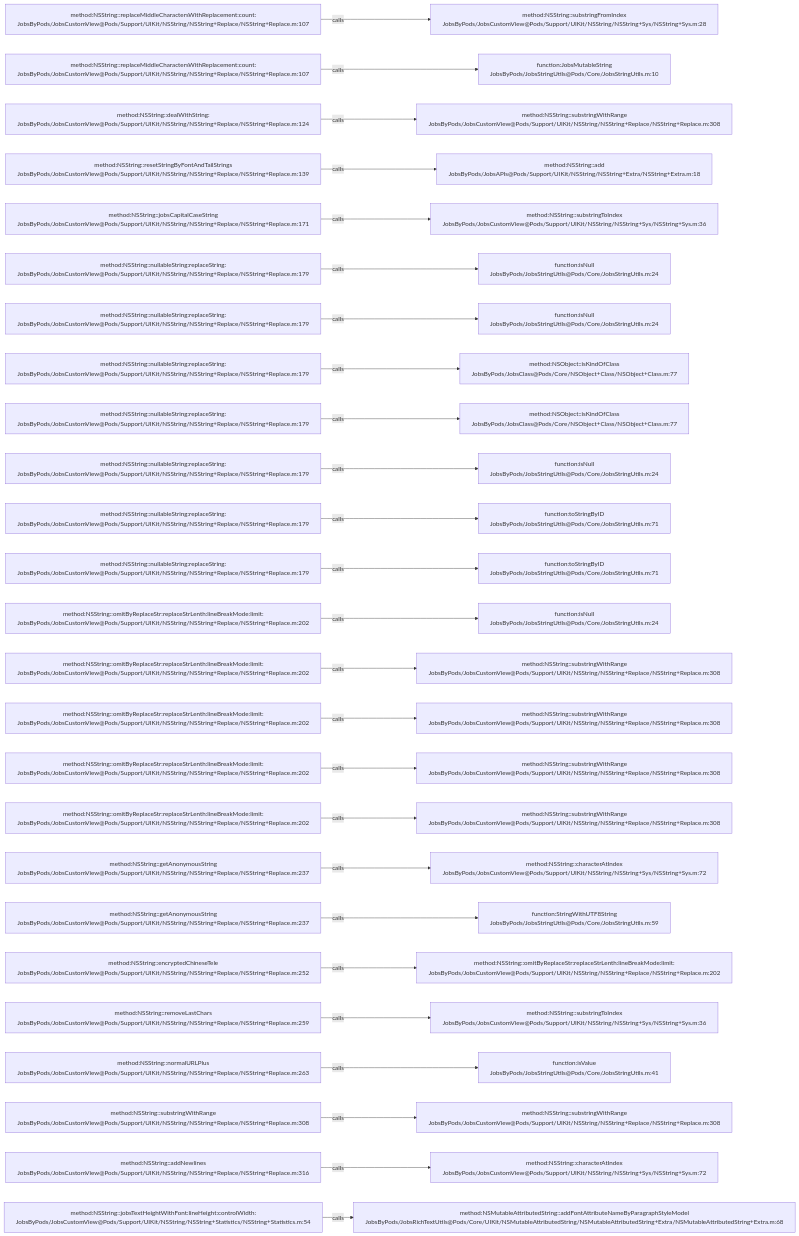
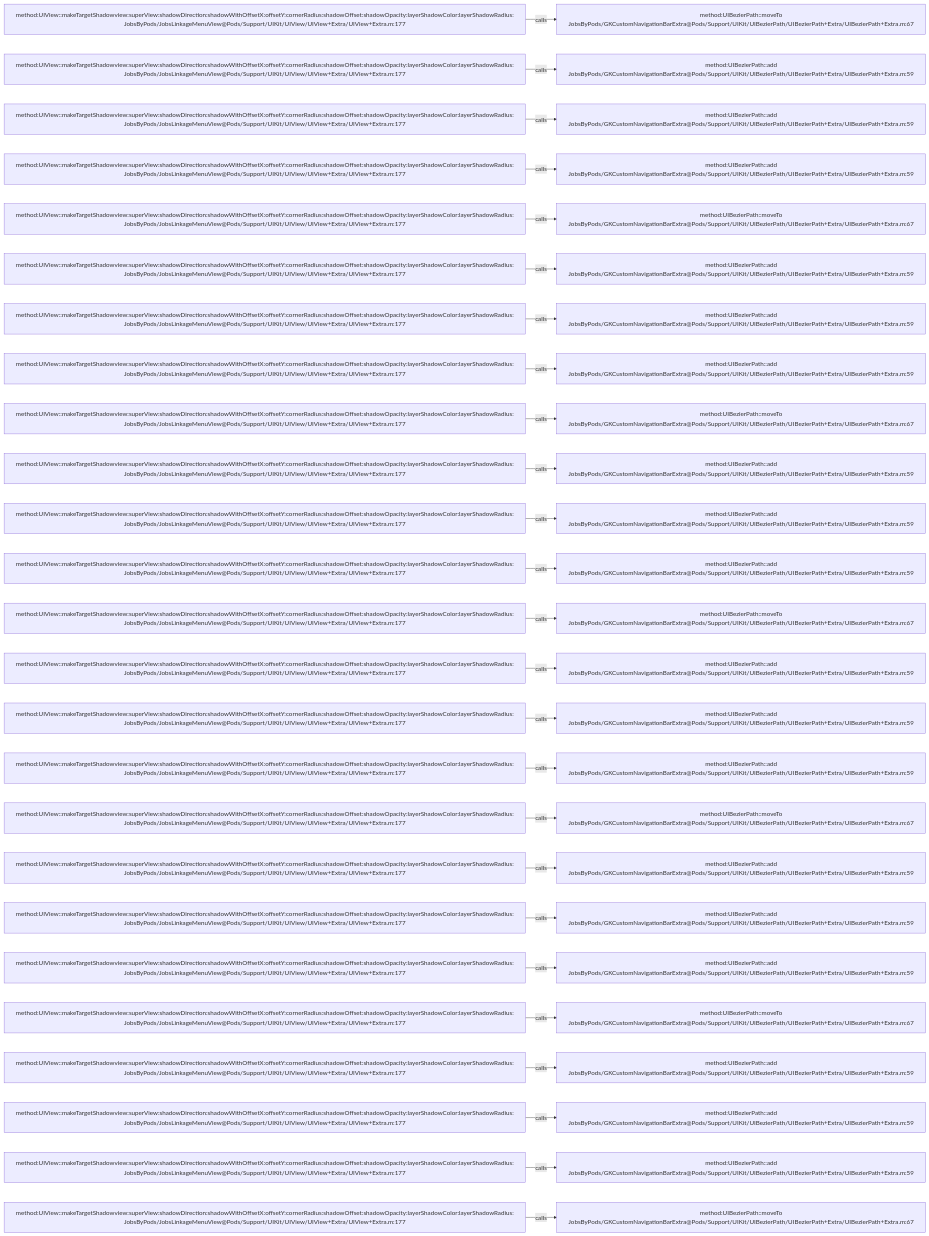
The diagram in .codegraph/codegraph.md/graphs/calls-108.md (JobsKits/JobsOCBaseConfigDemo), drawn with Mermaid before and after one commit. The commit also changed 1026 other files, not shown here.

````diff
--- a/.codegraph/codegraph.md/graphs/calls-108.md
+++ b/.codegraph/codegraph.md/graphs/calls-108.md
@@ -13,78 +13,78 @@
 ```mermaid
 flowchart LR
-  S1["method:NSString::replaceMiddleCharactersWithReplacement:count:<br/>JobsByPods/JobsCustomView@Pods/Support/UIKit/NSString/NSString+Replace/NSString+Replace.m:107"]
-  T1["method:NSString::substringFromIndex<br/>JobsByPods/JobsCustomView@Pods/Support/UIKit/NSString/NSString+Sys/NSString+Sys.m:28"]
+  S1["method:UIView::makeTargetShadowview:superView:shadowDirection:shadowWithOffsetX:offsetY:cornerRadius:shadowOffset:shadowOpacity:layerShadowColor:layerShadowRadius:<br/>JobsByPods/JobsLinkageMenuView@Pods/Support/UIKit/UIView/UIView+Extra/UIView+Extra.m:177"]
+  T1["method:UIBezierPath::moveTo<br/>JobsByPods/GKCustomNavigationBarExtra@Pods/Support/UIKit/UIBezierPath/UIBezierPath+Extra/UIBezierPath+Extra.m:67"]
   S1 -->|calls| T1
-  S2["method:NSString::replaceMiddleCharactersWithReplacement:count:<br/>JobsByPods/JobsCustomView@Pods/Support/UIKit/NSString/NSString+Replace/NSString+Replace.m:107"]
-  T2["function:JobsMutableString<br/>JobsByPods/JobsStringUtils@Pods/Core/JobsStringUtils.m:10"]
+  S2["method:UIView::makeTargetShadowview:superView:shadowDirection:shadowWithOffsetX:offsetY:cornerRadius:shadowOffset:shadowOpacity:layerShadowColor:layerShadowRadius:<br/>JobsByPods/JobsLinkageMenuView@Pods/Support/UIKit/UIView/UIView+Extra/UIView+Extra.m:177"]
+  T2["method:UIBezierPath::add<br/>JobsByPods/GKCustomNavigationBarExtra@Pods/Support/UIKit/UIBezierPath/UIBezierPath+Extra/UIBezierPath+Extra.m:59"]
   S2 -->|calls| T2
-  S3["method:NSString::dealWithString:<br/>JobsByPods/JobsCustomView@Pods/Support/UIKit/NSString/NSString+Replace/NSString+Replace.m:124"]
-  T3["method:NSString::substringWithRange<br/>JobsByPods/JobsCustomView@Pods/Support/UIKit/NSString/NSString+Replace/NSString+Replace.m:308"]
+  S3["method:UIView::makeTargetShadowview:superView:shadowDirection:shadowWithOffsetX:offsetY:cornerRadius:shadowOffset:shadowOpacity:layerShadowColor:layerShadowRadius:<br/>JobsByPods/JobsLinkageMenuView@Pods/Support/UIKit/UIView/UIView+Extra/UIView+Extra.m:177"]
+  T3["method:UIBezierPath::add<br/>JobsByPods/GKCustomNavigationBarExtra@Pods/Support/UIKit/UIBezierPath/UIBezierPath+Extra/UIBezierPath+Extra.m:59"]
   S3 -->|calls| T3
-  S4["method:NSString::resetStringByFontAndTailStrings<br/>JobsByPods/JobsCustomView@Pods/Support/UIKit/NSString/NSString+Replace/NSString+Replace.m:139"]
-  T4["method:NSString::add<br/>JobsByPods/JobsAPIs@Pods/Support/UIKit/NSString/NSString+Extra/NSString+Extra.m:18"]
+  S4["method:UIView::makeTargetShadowview:superView:shadowDirection:shadowWithOffsetX:offsetY:cornerRadius:shadowOffset:shadowOpacity:layerShadowColor:layerShadowRadius:<br/>JobsByPods/JobsLinkageMenuView@Pods/Support/UIKit/UIView/UIView+Extra/UIView+Extra.m:177"]
+  T4["method:UIBezierPath::add<br/>JobsByPods/GKCustomNavigationBarExtra@Pods/Support/UIKit/UIBezierPath/UIBezierPath+Extra/UIBezierPath+Extra.m:59"]
   S4 -->|calls| T4
-  S5["method:NSString::jobsCapitalCaseString<br/>JobsByPods/JobsCustomView@Pods/Support/UIKit/NSString/NSString+Replace/NSString+Replace.m:171"]
-  T5["method:NSString::substringToIndex<br/>JobsByPods/JobsCustomView@Pods/Support/UIKit/NSString/NSString+Sys/NSString+Sys.m:36"]
+  S5["method:UIView::makeTargetShadowview:superView:shadowDirection:shadowWithOffsetX:offsetY:cornerRadius:shadowOffset:shadowOpacity:layerShadowColor:layerShadowRadius:<br/>JobsByPods/JobsLinkageMenuView@Pods/Support/UIKit/UIView/UIView+Extra/UIView+Extra.m:177"]
+  T5["method:UIBezierPath::moveTo<br/>JobsByPods/GKCustomNavigationBarExtra@Pods/Support/UIKit/UIBezierPath/UIBezierPath+Extra/UIBezierPath+Extra.m:67"]
   S5 -->|calls| T5
-  S6["method:NSString::nullableString:replaceString:<br/>JobsByPods/JobsCustomView@Pods/Support/UIKit/NSString/NSString+Replace/NSString+Replace.m:179"]
-  T6["function:isNull<br/>JobsByPods/JobsStringUtils@Pods/Core/JobsStringUtils.m:24"]
+  S6["method:UIView::makeTargetShadowview:superView:shadowDirection:shadowWithOffsetX:offsetY:cornerRadius:shadowOffset:shadowOpacity:layerShadowColor:layerShadowRadius:<br/>JobsByPods/JobsLinkageMenuView@Pods/Support/UIKit/UIView/UIView+Extra/UIView+Extra.m:177"]
+  T6["method:UIBezierPath::add<br/>JobsByPods/GKCustomNavigationBarExtra@Pods/Support/UIKit/UIBezierPath/UIBezierPath+Extra/UIBezierPath+Extra.m:59"]
   S6 -->|calls| T6
-  S7["method:NSString::nullableString:replaceString:<br/>JobsByPods/JobsCustomView@Pods/Support/UIKit/NSString/NSString+Replace/NSString+Replace.m:179"]
-  T7["function:isNull<br/>JobsByPods/JobsStringUtils@Pods/Core/JobsStringUtils.m:24"]
+  S7["method:UIView::makeTargetShadowview:superView:shadowDirection:shadowWithOffsetX:offsetY:cornerRadius:shadowOffset:shadowOpacity:layerShadowColor:layerShadowRadius:<br/>JobsByPods/JobsLinkageMenuView@Pods/Support/UIKit/UIView/UIView+Extra/UIView+Extra.m:177"]
+  T7["method:UIBezierPath::add<br/>JobsByPods/GKCustomNavigationBarExtra@Pods/Support/UIKit/UIBezierPath/UIBezierPath+Extra/UIBezierPath+Extra.m:59"]
   S7 -->|calls| T7
-  S8["method:NSString::nullableString:replaceString:<br/>JobsByPods/JobsCustomView@Pods/Support/UIKit/NSString/NSString+Replace/NSString+Replace.m:179"]
-  T8["method:NSObject::isKindOfClass<br/>JobsByPods/JobsClass@Pods/Core/NSObject+Class/NSObject+Class.m:77"]
+  S8["method:UIView::makeTargetShadowview:superView:shadowDirection:shadowWithOffsetX:offsetY:cornerRadius:shadowOffset:shadowOpacity:layerShadowColor:layerShadowRadius:<br/>JobsByPods/JobsLinkageMenuView@Pods/Support/UIKit/UIView/UIView+Extra/UIView+Extra.m:177"]
+  T8["method:UIBezierPath::add<br/>JobsByPods/GKCustomNavigationBarExtra@Pods/Support/UIKit/UIBezierPath/UIBezierPath+Extra/UIBezierPath+Extra.m:59"]
   S8 -->|calls| T8
-  S9["method:NSString::nullableString:replaceString:<br/>JobsByPods/JobsCustomView@Pods/Support/UIKit/NSString/NSString+Replace/NSString+Replace.m:179"]
-  T9["method:NSObject::isKindOfClass<br/>JobsByPods/JobsClass@Pods/Core/NSObject+Class/NSObject+Class.m:77"]
+  S9["method:UIView::makeTargetShadowview:superView:shadowDirection:shadowWithOffsetX:offsetY:cornerRadius:shadowOffset:shadowOpacity:layerShadowColor:layerShadowRadius:<br/>JobsByPods/JobsLinkageMenuView@Pods/Support/UIKit/UIView/UIView+Extra/UIView+Extra.m:177"]
+  T9["method:UIBezierPath::moveTo<br/>JobsByPods/GKCustomNavigationBarExtra@Pods/Support/UIKit/UIBezierPath/UIBezierPath+Extra/UIBezierPath+Extra.m:67"]
   S9 -->|calls| T9
-  S10["method:NSString::nullableString:replaceString:<br/>JobsByPods/JobsCustomView@Pods/Support/UIKit/NSString/NSString+Replace/NSString+Replace.m:179"]
-  T10["function:isNull<br/>JobsByPods/JobsStringUtils@Pods/Core/JobsStringUtils.m:24"]
+  S10["method:UIView::makeTargetShadowview:superView:shadowDirection:shadowWithOffsetX:offsetY:cornerRadius:shadowOffset:shadowOpacity:layerShadowColor:layerShadowRadius:<br/>JobsByPods/JobsLinkageMenuView@Pods/Support/UIKit/UIView/UIView+Extra/UIView+Extra.m:177"]
+  T10["method:UIBezierPath::add<br/>JobsByPods/GKCustomNavigationBarExtra@Pods/Support/UIKit/UIBezierPath/UIBezierPath+Extra/UIBezierPath+Extra.m:59"]
   S10 -->|calls| T10
-  S11["method:NSString::nullableString:replaceString:<br/>JobsByPods/JobsCustomView@Pods/Support/UIKit/NSString/NSString+Replace/NSString+Replace.m:179"]
-  T11["function:toStringByID<br/>JobsByPods/JobsStringUtils@Pods/Core/JobsStringUtils.m:71"]
+  S11["method:UIView::makeTargetShadowview:superView:shadowDirection:shadowWithOffsetX:offsetY:cornerRadius:shadowOffset:shadowOpacity:layerShadowColor:layerShadowRadius:<br/>JobsByPods/JobsLinkageMenuView@Pods/Support/UIKit/UIView/UIView+Extra/UIView+Extra.m:177"]
+  T11["method:UIBezierPath::add<br/>JobsByPods/GKCustomNavigationBarExtra@Pods/Support/UIKit/UIBezierPath/UIBezierPath+Extra/UIBezierPath+Extra.m:59"]
   S11 -->|calls| T11
-  S12["method:NSString::nullableString:replaceString:<br/>JobsByPods/JobsCustomView@Pods/Support/UIKit/NSString/NSString+Replace/NSString+Replace.m:179"]
-  T12["function:toStringByID<br/>JobsByPods/JobsStringUtils@Pods/Core/JobsStringUtils.m:71"]
+  S12["method:UIView::makeTargetShadowview:superView:shadowDirection:shadowWithOffsetX:offsetY:cornerRadius:shadowOffset:shadowOpacity:layerShadowColor:layerShadowRadius:<br/>JobsByPods/JobsLinkageMenuView@Pods/Support/UIKit/UIView/UIView+Extra/UIView+Extra.m:177"]
+  T12["method:UIBezierPath::add<br/>JobsByPods/GKCustomNavigationBarExtra@Pods/Support/UIKit/UIBezierPath/UIBezierPath+Extra/UIBezierPath+Extra.m:59"]
   S12 -->|calls| T12
-  S13["method:NSString::omitByReplaceStr:replaceStrLenth:lineBreakMode:limit:<br/>JobsByPods/JobsCustomView@Pods/Support/UIKit/NSString/NSString+Replace/NSString+Replace.m:202"]
-  T13["function:isNull<br/>JobsByPods/JobsStringUtils@Pods/Core/JobsStringUtils.m:24"]
+  S13["method:UIView::makeTargetShadowview:superView:shadowDirection:shadowWithOffsetX:offsetY:cornerRadius:shadowOffset:shadowOpacity:layerShadowColor:layerShadowRadius:<br/>JobsByPods/JobsLinkageMenuView@Pods/Support/UIKit/UIView/UIView+Extra/UIView+Extra.m:177"]
+  T13["method:UIBezierPath::moveTo<br/>JobsByPods/GKCustomNavigationBarExtra@Pods/Support/UIKit/UIBezierPath/UIBezierPath+Extra/UIBezierPath+Extra.m:67"]
   S13 -->|calls| T13
-  S14["method:NSString::omitByReplaceStr:replaceStrLenth:lineBreakMode:limit:<br/>JobsByPods/JobsCustomView@Pods/Support/UIKit/NSString/NSString+Replace/NSString+Replace.m:202"]
-  T14["method:NSString::substringWithRange<br/>JobsByPods/JobsCustomView@Pods/Support/UIKit/NSString/NSString+Replace/NSString+Replace.m:308"]
+  S14["method:UIView::makeTargetShadowview:superView:shadowDirection:shadowWithOffsetX:offsetY:cornerRadius:shadowOffset:shadowOpacity:layerShadowColor:layerShadowRadius:<br/>JobsByPods/JobsLinkageMenuView@Pods/Support/UIKit/UIView/UIView+Extra/UIView+Extra.m:177"]
+  T14["method:UIBezierPath::add<br/>JobsByPods/GKCustomNavigationBarExtra@Pods/Support/UIKit/UIBezierPath/UIBezierPath+Extra/UIBezierPath+Extra.m:59"]
   S14 -->|calls| T14
-  S15["method:NSString::omitByReplaceStr:replaceStrLenth:lineBreakMode:limit:<br/>JobsByPods/JobsCustomView@Pods/Support/UIKit/NSString/NSString+Replace/NSString+Replace.m:202"]
-  T15["method:NSString::substringWithRange<br/>JobsByPods/JobsCustomView@Pods/Support/UIKit/NSString/NSString+Replace/NSString+Replace.m:308"]
+  S15["method:UIView::makeTargetShadowview:superView:shadowDirection:shadowWithOffsetX:offsetY:cornerRadius:shadowOffset:shadowOpacity:layerShadowColor:layerShadowRadius:<br/>JobsByPods/JobsLinkageMenuView@Pods/Support/UIKit/UIView/UIView+Extra/UIView+Extra.m:177"]
+  T15["method:UIBezierPath::add<br/>JobsByPods/GKCustomNavigationBarExtra@Pods/Support/UIKit/UIBezierPath/UIBezierPath+Extra/UIBezierPath+Extra.m:59"]
   S15 -->|calls| T15
-  S16["method:NSString::omitByReplaceStr:replaceStrLenth:lineBreakMode:limit:<br/>JobsByPods/JobsCustomView@Pods/Support/UIKit/NSString/NSString+Replace/NSString+Replace.m:202"]
-  T16["method:NSString::substringWithRange<br/>JobsByPods/JobsCustomView@Pods/Support/UIKit/NSString/NSString+Replace/NSString+Replace.m:308"]
+  S16["method:UIView::makeTargetShadowview:superView:shadowDirection:shadowWithOffsetX:offsetY:cornerRadius:shadowOffset:shadowOpacity:layerShadowColor:layerShadowRadius:<br/>JobsByPods/JobsLinkageMenuView@Pods/Support/UIKit/UIView/UIView+Extra/UIView+Extra.m:177"]
+  T16["method:UIBezierPath::add<br/>JobsByPods/GKCustomNavigationBarExtra@Pods/Support/UIKit/UIBezierPath/UIBezierPath+Extra/UIBezierPath+Extra.m:59"]
   S16 -->|calls| T16
-  S17["method:NSString::omitByReplaceStr:replaceStrLenth:lineBreakMode:limit:<br/>JobsByPods/JobsCustomView@Pods/Support/UIKit/NSString/NSString+Replace/NSString+Replace.m:202"]
-  T17["method:NSString::substringWithRange<br/>JobsByPods/JobsCustomView@Pods/Support/UIKit/NSString/NSString+Replace/NSString+Replace.m:308"]
+  S17["method:UIView::makeTargetShadowview:superView:shadowDirection:shadowWithOffsetX:offsetY:cornerRadius:shadowOffset:shadowOpacity:layerShadowColor:layerShadowRadius:<br/>JobsByPods/JobsLinkageMenuView@Pods/Support/UIKit/UIView/UIView+Extra/UIView+Extra.m:177"]
+  T17["method:UIBezierPath::moveTo<br/>JobsByPods/GKCustomNavigationBarExtra@Pods/Support/UIKit/UIBezierPath/UIBezierPath+Extra/UIBezierPath+Extra.m:67"]
   S17 -->|calls| T17
-  S18["method:NSString::getAnonymousString<br/>JobsByPods/JobsCustomView@Pods/Support/UIKit/NSString/NSString+Replace/NSString+Replace.m:237"]
-  T18["method:NSString::characterAtIndex<br/>JobsByPods/JobsCustomView@Pods/Support/UIKit/NSString/NSString+Sys/NSString+Sys.m:72"]
+  S18["method:UIView::makeTargetShadowview:superView:shadowDirection:shadowWithOffsetX:offsetY:cornerRadius:shadowOffset:shadowOpacity:layerShadowColor:layerShadowRadius:<br/>JobsByPods/JobsLinkageMenuView@Pods/Support/UIKit/UIView/UIView+Extra/UIView+Extra.m:177"]
+  T18["method:UIBezierPath::add<br/>JobsByPods/GKCustomNavigationBarExtra@Pods/Support/UIKit/UIBezierPath/UIBezierPath+Extra/UIBezierPath+Extra.m:59"]
   S18 -->|calls| T18
-  S19["method:NSString::getAnonymousString<br/>JobsByPods/JobsCustomView@Pods/Support/UIKit/NSString/NSString+Replace/NSString+Replace.m:237"]
-  T19["function:StringWithUTF8String<br/>JobsByPods/JobsStringUtils@Pods/Core/JobsStringUtils.m:59"]
+  S19["method:UIView::makeTargetShadowview:superView:shadowDirection:shadowWithOffsetX:offsetY:cornerRadius:shadowOffset:shadowOpacity:layerShadowColor:layerShadowRadius:<br/>JobsByPods/JobsLinkageMenuView@Pods/Support/UIKit/UIView/UIView+Extra/UIView+Extra.m:177"]
+  T19["method:UIBezierPath::add<br/>JobsByPods/GKCustomNavigationBarExtra@Pods/Support/UIKit/UIBezierPath/UIBezierPath+Extra/UIBezierPath+Extra.m:59"]
   S19 -->|calls| T19
-  S20["method:NSString::encryptedChineseTele<br/>JobsByPods/JobsCustomView@Pods/Support/UIKit/NSString/NSString+Replace/NSString+Replace.m:252"]
-  T20["method:NSString::omitByReplaceStr:replaceStrLenth:lineBreakMode:limit:<br/>JobsByPods/JobsCustomView@Pods/Support/UIKit/NSString/NSString+Replace/NSString+Replace.m:202"]
+  S20["method:UIView::makeTargetShadowview:superView:shadowDirection:shadowWithOffsetX:offsetY:cornerRadius:shadowOffset:shadowOpacity:layerShadowColor:layerShadowRadius:<br/>JobsByPods/JobsLinkageMenuView@Pods/Support/UIKit/UIView/UIView+Extra/UIView+Extra.m:177"]
+  T20["method:UIBezierPath::add<br/>JobsByPods/GKCustomNavigationBarExtra@Pods/Support/UIKit/UIBezierPath/UIBezierPath+Extra/UIBezierPath+Extra.m:59"]
   S20 -->|calls| T20
-  S21["method:NSString::removeLastChars<br/>JobsByPods/JobsCustomView@Pods/Support/UIKit/NSString/NSString+Replace/NSString+Replace.m:259"]
-  T21["method:NSString::substringToIndex<br/>JobsByPods/JobsCustomView@Pods/Support/UIKit/NSString/NSString+Sys/NSString+Sys.m:36"]
+  S21["method:UIView::makeTargetShadowview:superView:shadowDirection:shadowWithOffsetX:offsetY:cornerRadius:shadowOffset:shadowOpacity:layerShadowColor:layerShadowRadius:<br/>JobsByPods/JobsLinkageMenuView@Pods/Support/UIKit/UIView/UIView+Extra/UIView+Extra.m:177"]
+  T21["method:UIBezierPath::moveTo<br/>JobsByPods/GKCustomNavigationBarExtra@Pods/Support/UIKit/UIBezierPath/UIBezierPath+Extra/UIBezierPath+Extra.m:67"]
   S21 -->|calls| T21
-  S22["method:NSString::normalURLPlus<br/>JobsByPods/JobsCustomView@Pods/Support/UIKit/NSString/NSString+Replace/NSString+Replace.m:263"]
-  T22["function:isValue<br/>JobsByPods/JobsStringUtils@Pods/Core/JobsStringUtils.m:41"]
+  S22["method:UIView::makeTargetShadowview:superView:shadowDirection:shadowWithOffsetX:offsetY:cornerRadius:shadowOffset:shadowOpacity:layerShadowColor:layerShadowRadius:<br/>JobsByPods/JobsLinkageMenuView@Pods/Support/UIKit/UIView/UIView+Extra/UIView+Extra.m:177"]
+  T22["method:UIBezierPath::add<br/>JobsByPods/GKCustomNavigationBarExtra@Pods/Support/UIKit/UIBezierPath/UIBezierPath+Extra/UIBezierPath+Extra.m:59"]
   S22 -->|calls| T22
-  S23["method:NSString::substringWithRange<br/>JobsByPods/JobsCustomView@Pods/Support/UIKit/NSString/NSString+Replace/NSString+Replace.m:308"]
-  T23["method:NSString::substringWithRange<br/>JobsByPods/JobsCustomView@Pods/Support/UIKit/NSString/NSString+Replace/NSString+Replace.m:308"]
+  S23["method:UIView::makeTargetShadowview:superView:shadowDirection:shadowWithOffsetX:offsetY:cornerRadius:shadowOffset:shadowOpacity:layerShadowColor:layerShadowRadius:<br/>JobsByPods/JobsLinkageMenuView@Pods/Support/UIKit/UIView/UIView+Extra/UIView+Extra.m:177"]
+  T23["method:UIBezierPath::add<br/>JobsByPods/GKCustomNavigationBarExtra@Pods/Support/UIKit/UIBezierPath/UIBezierPath+Extra/UIBezierPath+Extra.m:59"]
   S23 -->|calls| T23
-  S24["method:NSString::addNewlines<br/>JobsByPods/JobsCustomView@Pods/Support/UIKit/NSString/NSString+Replace/NSString+Replace.m:316"]
-  T24["method:NSString::characterAtIndex<br/>JobsByPods/JobsCustomView@Pods/Support/UIKit/NSString/NSString+Sys/NSString+Sys.m:72"]
+  S24["method:UIView::makeTargetShadowview:superView:shadowDirection:shadowWithOffsetX:offsetY:cornerRadius:shadowOffset:shadowOpacity:layerShadowColor:layerShadowRadius:<br/>JobsByPods/JobsLinkageMenuView@Pods/Support/UIKit/UIView/UIView+Extra/UIView+Extra.m:177"]
+  T24["method:UIBezierPath::add<br/>JobsByPods/GKCustomNavigationBarExtra@Pods/Support/UIKit/UIBezierPath/UIBezierPath+Extra/UIBezierPath+Extra.m:59"]
   S24 -->|calls| T24
-  S25["method:NSString::jobsTextHeightWithFont:lineHeight:controlWidth:<br/>JobsByPods/JobsCustomView@Pods/Support/UIKit/NSString/NSString+Statistics/NSString+Statistics.m:54"]
-  T25["method:NSMutableAttributedString::addFontAttributeNameByParagraphStyleModel<br/>JobsByPods/JobsRichTextUtils@Pods/Core/UIKit/NSMutableAttributedString/NSMutableAttributedString+Extra/NSMutableAttributedString+Extra.m:68"]
+  S25["method:UIView::makeTargetShadowview:superView:shadowDirection:shadowWithOffsetX:offsetY:cornerRadius:shadowOffset:shadowOpacity:layerShadowColor:layerShadowRadius:<br/>JobsByPods/JobsLinkageMenuView@Pods/Support/UIKit/UIView/UIView+Extra/UIView+Extra.m:177"]
+  T25["method:UIBezierPath::moveTo<br/>JobsByPods/GKCustomNavigationBarExtra@Pods/Support/UIKit/UIBezierPath/UIBezierPath+Extra/UIBezierPath+Extra.m:67"]
   S25 -->|calls| T25
 ```
````
